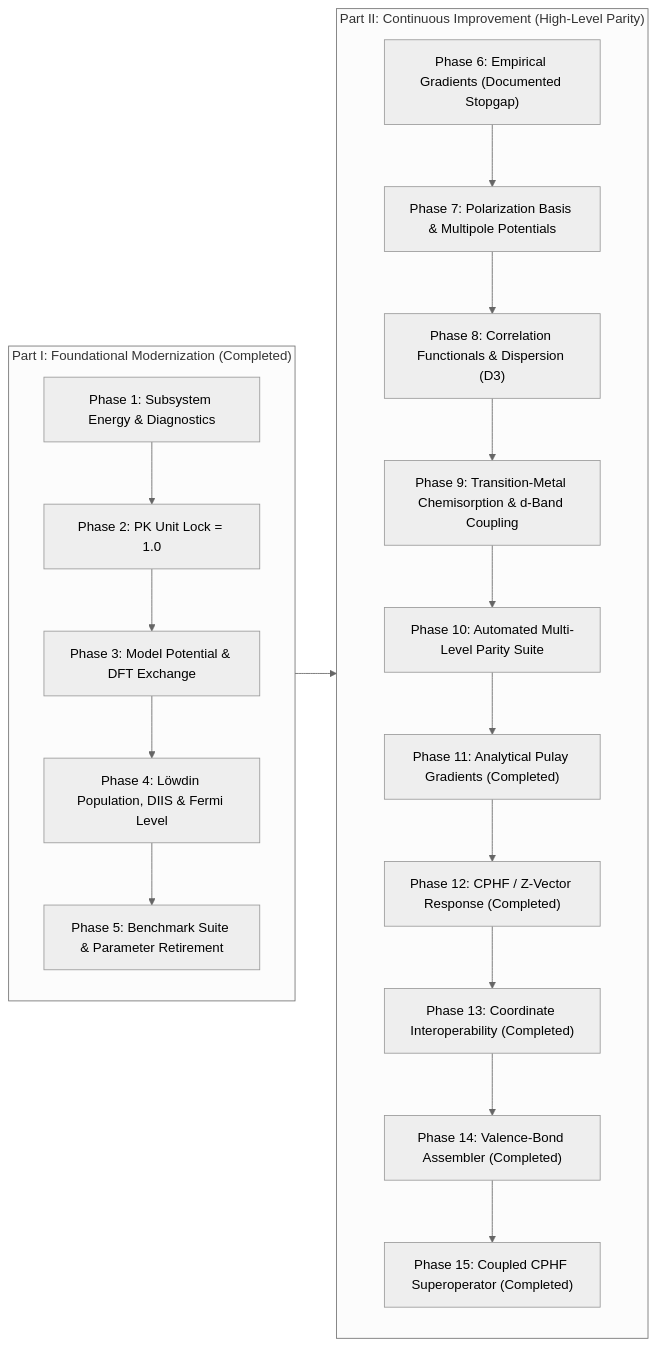
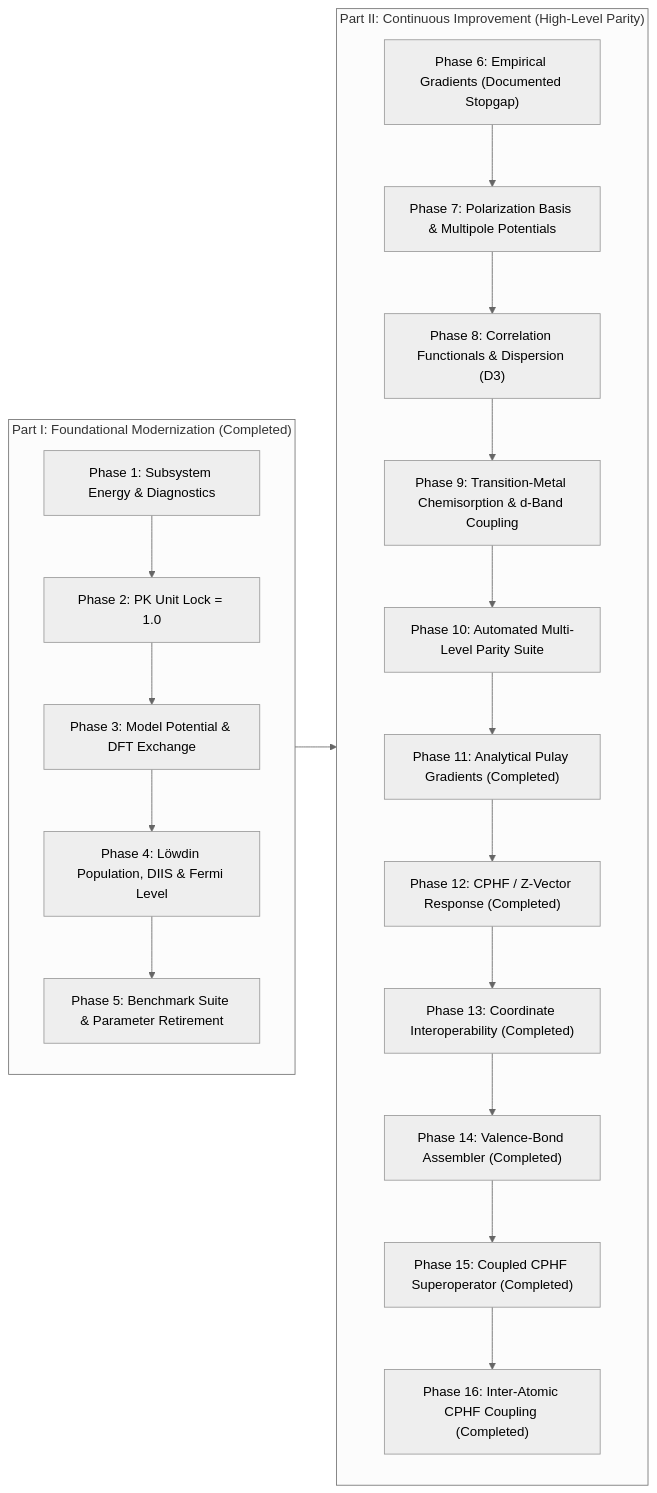
One commit to JackS9/phatpsy2 changed the diagram in ROADMAP.md. Above: the diagram before and after it, drawn with Mermaid (neutral theme). The commit also changed other lines of this file and 7 other files, not shown here.

Commit message:
feat(cphf): implement Phase 16 inter-atomic CPHF and model-potential response coupling

````diff
--- a/ROADMAP.md
+++ b/ROADMAP.md
@@ -185,27 +193,28 @@
 ```mermaid
 flowchart LR
     subgraph Part1["Part I: Foundational Modernization (Completed)"]
         P1["Phase 1: Subsystem Energy & Diagnostics"]
         P2["Phase 2: PK Unit Lock = 1.0"]
         P3["Phase 3: Model Potential & DFT Exchange"]
         P4["Phase 4: Löwdin Population, DIIS & Fermi Level"]
         P5["Phase 5: Benchmark Suite & Parameter Retirement"]
         P1 --> P2 --> P3 --> P4 --> P5
     end
 
     subgraph Part2["Part II: Continuous Improvement (High-Level Parity)"]
         P6["Phase 6: Empirical Gradients (Documented Stopgap)"]
         P7["Phase 7: Polarization Basis & Multipole Potentials"]
         P8["Phase 8: Correlation Functionals & Dispersion (D3)"]
         P9["Phase 9: Transition-Metal Chemisorption & d-Band Coupling"]
         P10["Phase 10: Automated Multi-Level Parity Suite"]
         P11["Phase 11: Analytical Pulay Gradients (Completed)"]
         P12["Phase 12: CPHF / Z-Vector Response (Completed)"]
         P13["Phase 13: Coordinate Interoperability (Completed)"]
         P14["Phase 14: Valence-Bond Assembler (Completed)"]
         P15["Phase 15: Coupled CPHF Superoperator (Completed)"]
-        P6 --> P7 --> P8 --> P9 --> P10 --> P11 --> P12 --> P13 --> P14 --> P15
+        P16["Phase 16: Inter-Atomic CPHF Coupling (Completed)"]
+        P6 --> P7 --> P8 --> P9 --> P10 --> P11 --> P12 --> P13 --> P14 --> P15 --> P16
     end
 
     Part1 --> Part2
 ```
````
